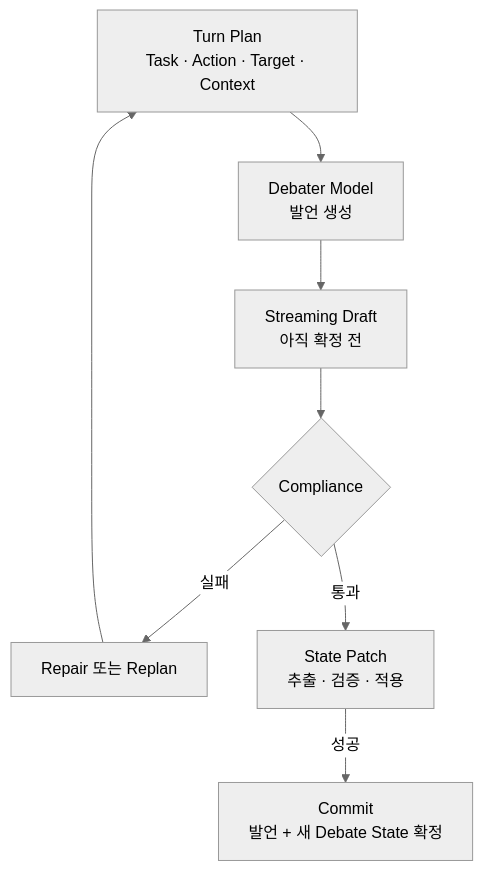
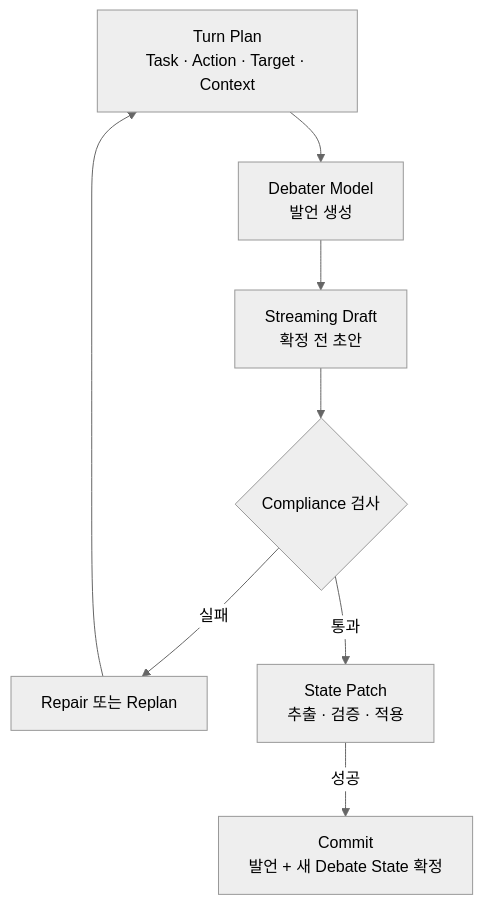
One commit to hodob/A1-3 changed the fifth of 5 diagrams in README.md. Above: the diagram before and after it, drawn with Mermaid (neutral theme). The commit also changed other lines of this file, not shown here.

```diff
--- a/README.md
+++ b/README.md
@@ -252,18 +264,18 @@
 ~~~mermaid
 flowchart TD
     P[Turn Plan<br/>Task · Action · Target · Context]
     G[Debater Model<br/>발언 생성]
-    D[Streaming Draft<br/>아직 확정 전]
-    V{Compliance}
+    D[Streaming Draft<br/>확정 전 초안]
+    V{Compliance 검사}
     R[Repair 또는 Replan]
     S[State Patch<br/>추출 · 검증 · 적용]
     C[Commit<br/>발언 + 새 Debate State 확정]
 
     P --> G
     G --> D
     D --> V
     V -->|실패| R
     R --> P
     V -->|통과| S
     S -->|성공| C
 ~~~
```
